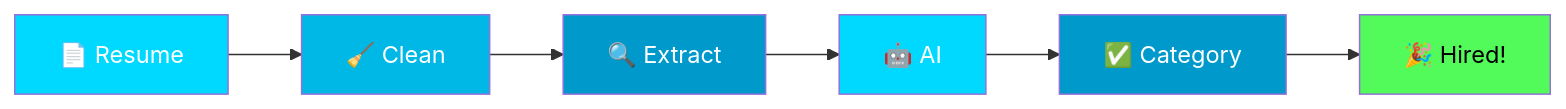
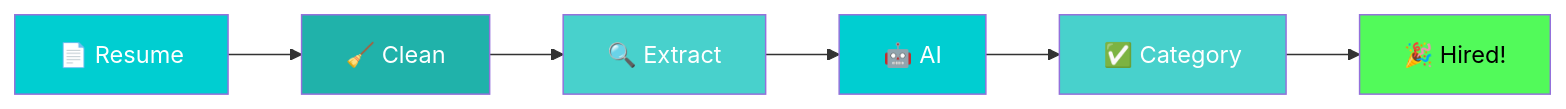
One commit to alam025/resume-screening-ai changed the diagram in README.md. Above: the diagram before and after it, drawn with Mermaid. The commit also changed other lines of this file, not shown here.

````diff
--- a/README.md
+++ b/README.md
@@ -71,15 +83,15 @@
 ```mermaid
 graph LR
     A[📄 Resume] --> B[🧹 Clean]
     B --> C[🔍 Extract]
     C --> D[🤖 AI]
     D --> E[✅ Category]
     E --> F[🎉 Hired!]
     
-    style A fill:#00D9FF,color:#fff
-    style B fill:#00B8E6,color:#fff
-    style C fill:#0099CC,color:#fff
-    style D fill:#00D9FF,color:#fff
-    style E fill:#0099CC,color:#fff
+    style A fill:#00CED1,color:#fff
+    style B fill:#20B2AA,color:#fff
+    style C fill:#48D1CC,color:#fff
+    style D fill:#00CED1,color:#fff
+    style E fill:#48D1CC,color:#fff
     style F fill:#52fa5a,color:#000
 ```
````
